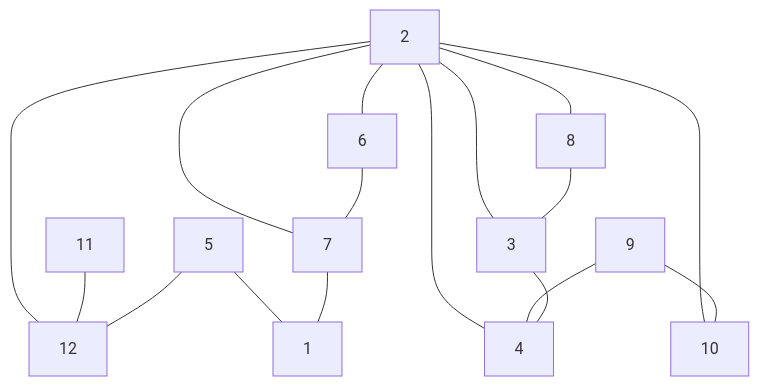
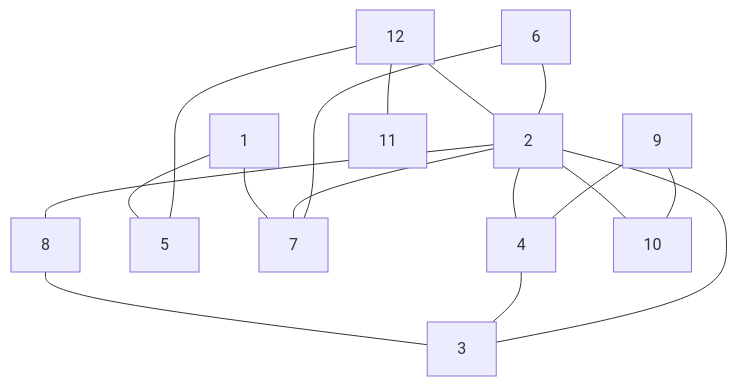
The diagram in README.md (antononcube/Raku-Graph), drawn with Mermaid before and after one commit. The commit also changed other lines of this file and 1 other file, not shown here.

Commit message:
docs:Marked TODO items. Added links.

````diff
--- a/README.md
+++ b/README.md
@@ -146,19 +146,19 @@
 ```mermaid
 graph TD
-2 --- 6
+9 --- 10
+9 --- 4
+6 --- 7
+6 --- 2
+12 --- 5
+12 --- 2
+12 --- 11
 2 --- 4
 2 --- 10
 2 --- 8
-2 --- 12
+2 --- 7
 2 --- 3
-2 --- 7
-11 --- 12
-6 --- 7
-5 --- 1
-5 --- 12
-7 --- 1
-9 --- 10
-9 --- 4
+1 --- 7
+1 --- 5
+4 --- 3
 8 --- 3
-3 --- 4
 ```
````
